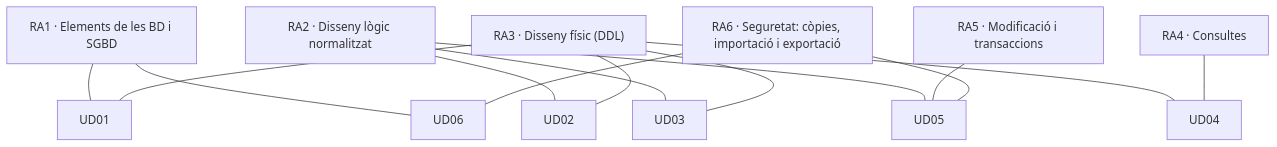
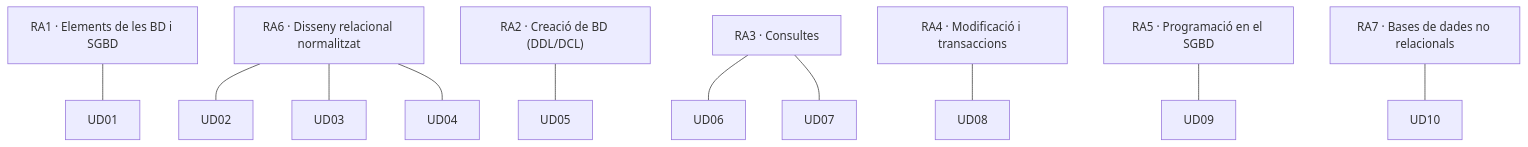
The diagram in content.val/guia/ra-ce.md (LorenaLResusta/GBD), drawn with Mermaid before and after one commit. The commit also changed other lines of this file and 376 other files, not shown here.

````diff
--- a/content.val/guia/ra-ce.md
+++ b/content.val/guia/ra-ce.md
@@ -15,9 +15,10 @@
 ```mermaid
 flowchart TB
-    RA1["RA1 · Elements de les BD i SGBD"] --- U1[UD01] & U6[UD06]
-    RA2["RA2 · Disseny lògic normalitzat"] --- U2[UD02] & U3[UD03] & U5[UD05]
-    RA3["RA3 · Disseny físic (DDL)"] --- U1[UD01] & U2[UD02] & U3[UD03] & U4[UD04]
-    RA4["RA4 · Consultes"] --- U4[UD04]
-    RA5["RA5 · Modificació i transaccions"] --- U5[UD05]
-    RA6["RA6 · Seguretat: còpies, importació i exportació"] --- U5[UD05] & U6[UD06]
+    RA1["RA1 · Elements de les BD i SGBD"] --- U1[UD01]
+    RA6["RA6 · Disseny relacional normalitzat"] --- U2[UD02] & U3[UD03] & U4[UD04]
+    RA2["RA2 · Creació de BD (DDL/DCL)"] --- U5[UD05]
+    RA3["RA3 · Consultes"] --- U6[UD06] & U7[UD07]
+    RA4["RA4 · Modificació i transaccions"] --- U8[UD08]
+    RA5["RA5 · Programació en el SGBD"] --- U9[UD09]
+    RA7["RA7 · Bases de dades no relacionals"] --- U10[UD10]
 ```
````
